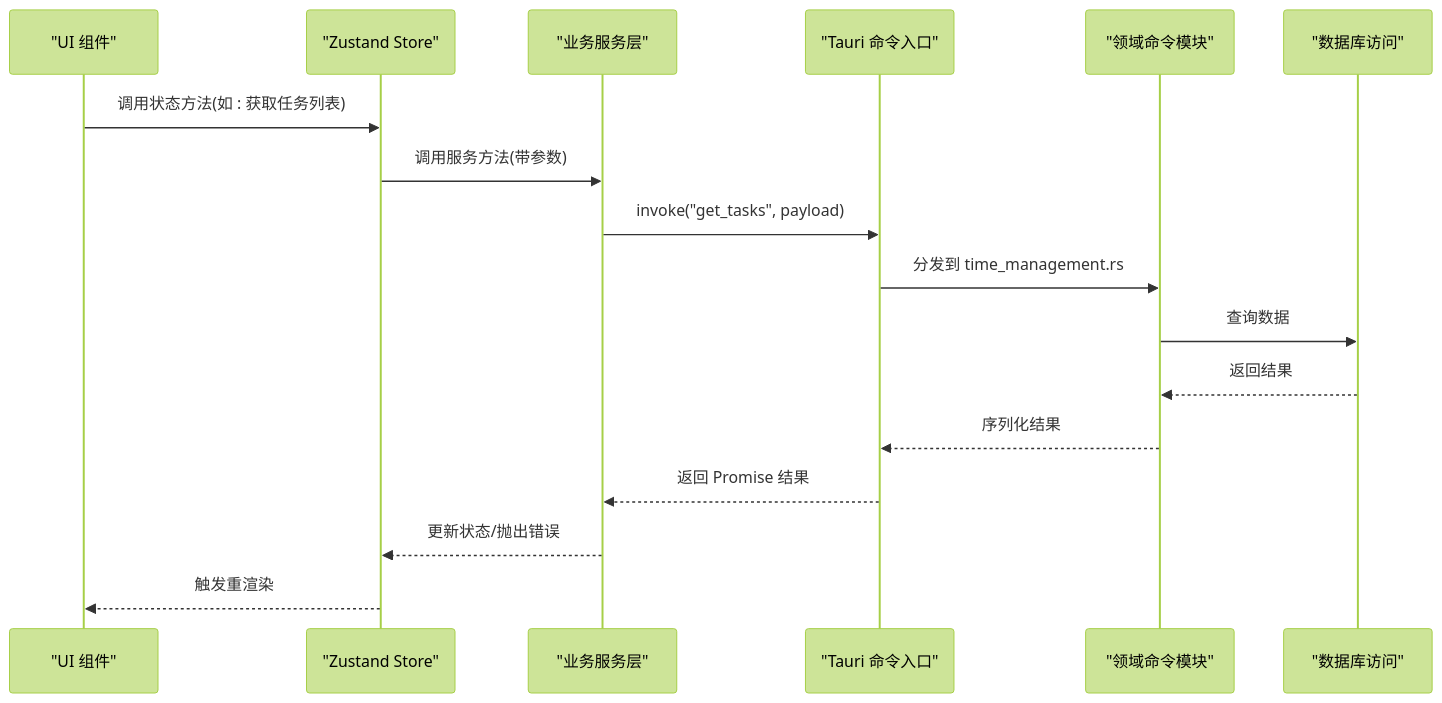
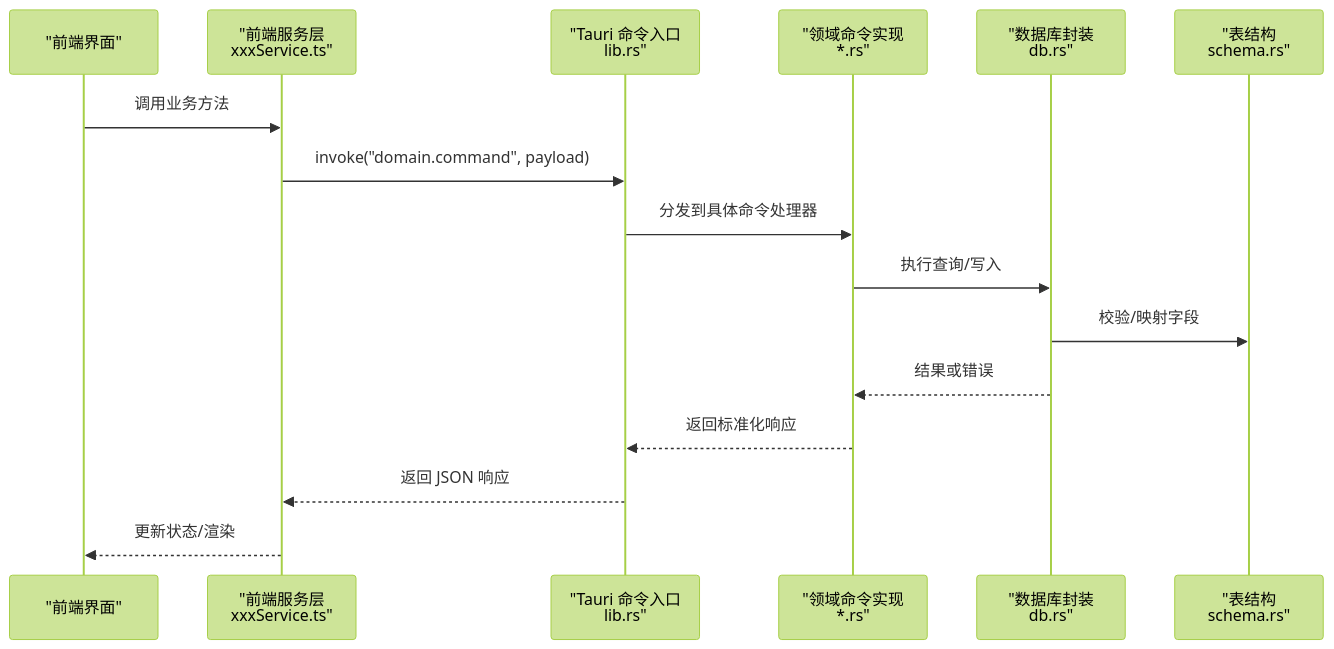
One commit to gzdxhujiale/FishWorker changed the second of 7 diagrams in .qoder/repowiki/zh/content/API 参考文档/API 参考文档.md. Above: the diagram before and after it, drawn with Mermaid (forest theme). The commit also changed other lines of this file and 238 other files, not shown here.

````diff
--- a/.qoder/repowiki/zh/content/API 参考文档/API 参考文档.md
+++ b/.qoder/repowiki/zh/content/API 参考文档/API 参考文档.md
@@ -137,19 +145,18 @@
 ```mermaid
 sequenceDiagram
-participant UI as "UI 组件"
-participant Store as "Zustand Store"
-participant Service as "业务服务层"
-participant Tauri as "Tauri 命令入口"
-participant Module as "领域命令模块"
-participant DB as "数据库访问"
-UI->>Store : 调用状态方法(如 : 获取任务列表)
-Store->>Service : 调用服务方法(带参数)
-Service->>Tauri : invoke("get_tasks", payload)
-Tauri->>Module : 分发到 time_management.rs
-Module->>DB : 查询数据
-DB-->>Module : 返回结果
-Module-->>Tauri : 序列化结果
-Tauri-->>Service : 返回 Promise 结果
-Service-->>Store : 更新状态/抛出错误
-Store-->>UI : 触发重渲染
+participant UI as "前端界面"
+participant Service as "前端服务层<br/>xxxService.ts"
+participant Tauri as "Tauri 命令入口<br/>lib.rs"
+participant Domain as "领域命令实现<br/>*.rs"
+participant DB as "数据库封装<br/>db.rs"
+participant Schema as "表结构<br/>schema.rs"
+UI->>Service : 调用业务方法
+Service->>Tauri : invoke("domain.command", payload)
+Tauri->>Domain : 分发到具体命令处理器
+Domain->>DB : 执行查询/写入
+DB->>Schema : 校验/映射字段
+DB-->>Domain : 结果或错误
+Domain-->>Tauri : 返回标准化响应
+Tauri-->>Service : 返回 JSON 响应
+Service-->>UI : 更新状态/渲染
 ```
````
